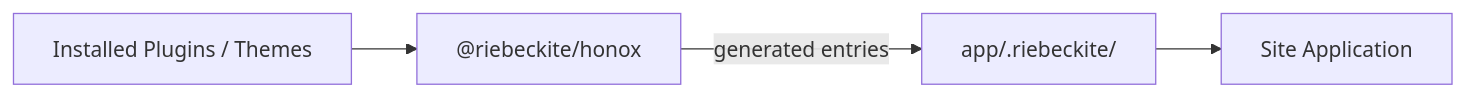
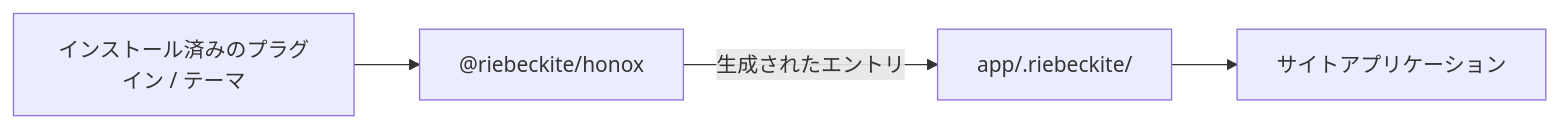
Before and after one commit to Rerurate514/riebeckite: the second of 4 diagrams in docs/docs/framework/honox-integration.ja.md, drawn with Mermaid. The commit also changed other lines of this file and 310 other files, not shown here.

````diff
--- a/docs/docs/framework/honox-integration.ja.md
+++ b/docs/docs/framework/honox-integration.ja.md
@@ -150,11 +126,11 @@
 ```mermaid
 flowchart LR
-    A["Installed Plugins / Themes"]
+    A["インストール済みのプラグイン / テーマ"]
     B["@riebeckite/honox"]
     C["app/.riebeckite/"]
-    D["Site Application"]
+    D["サイトアプリケーション"]
 
     A --> B
-    B -->|"generated entries"| C
+    B -->|"生成されたエントリ"| C
     C --> D
 ```
````
